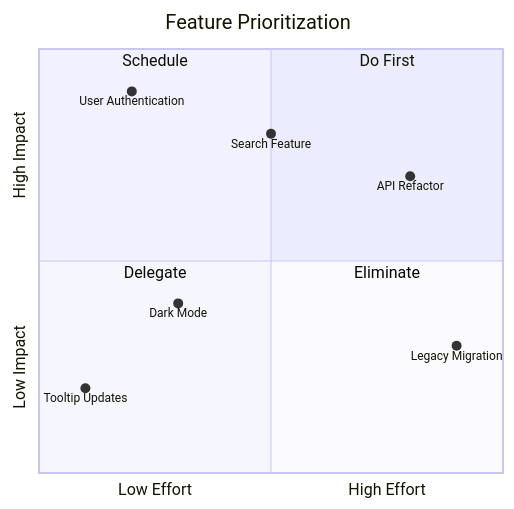
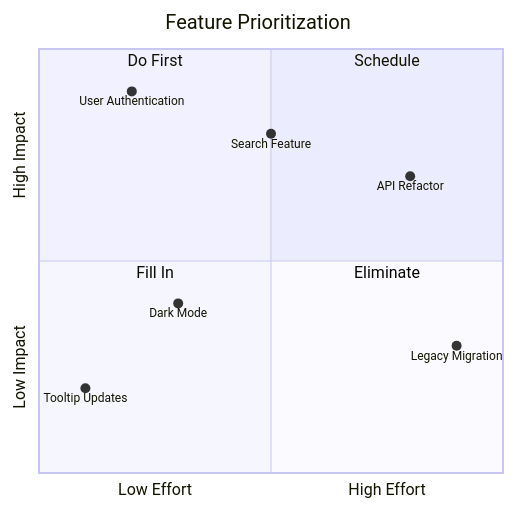
One commit to costa-marcello/repertoire changed diagram 13 of 14 in skills/mermaid-diagrams/references/other-diagrams.md. Above: the diagram before and after it, drawn with Mermaid. The commit also changed other lines of this file and 12 other files, not shown here.

First line of the commit message:
Fix mermaid-diagrams examples that broke its own rules

````diff
--- a/skills/mermaid-diagrams/references/other-diagrams.md
+++ b/skills/mermaid-diagrams/references/other-diagrams.md
@@ -340,18 +341,18 @@
 ```mermaid
 quadrantChart
     title Feature Prioritization
     x-axis Low Effort --> High Effort
     y-axis Low Impact --> High Impact
 
-    quadrant-1 Do First
-    quadrant-2 Schedule
-    quadrant-3 Delegate
+    quadrant-1 Schedule
+    quadrant-2 Do First
+    quadrant-3 Fill In
     quadrant-4 Eliminate
 
     User Authentication: [0.2, 0.9]
     Dark Mode: [0.3, 0.4]
     API Refactor: [0.8, 0.7]
     Legacy Migration: [0.9, 0.3]
     Search Feature: [0.5, 0.8]
     Tooltip Updates: [0.1, 0.2]
 ```
````
